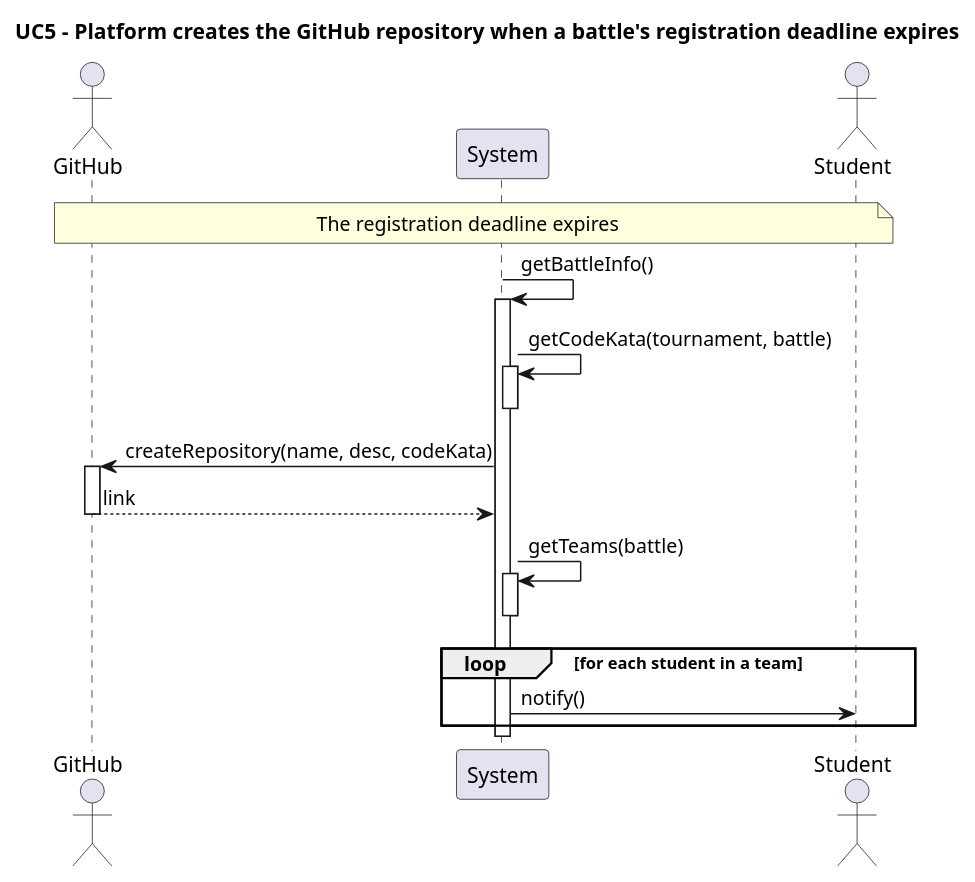
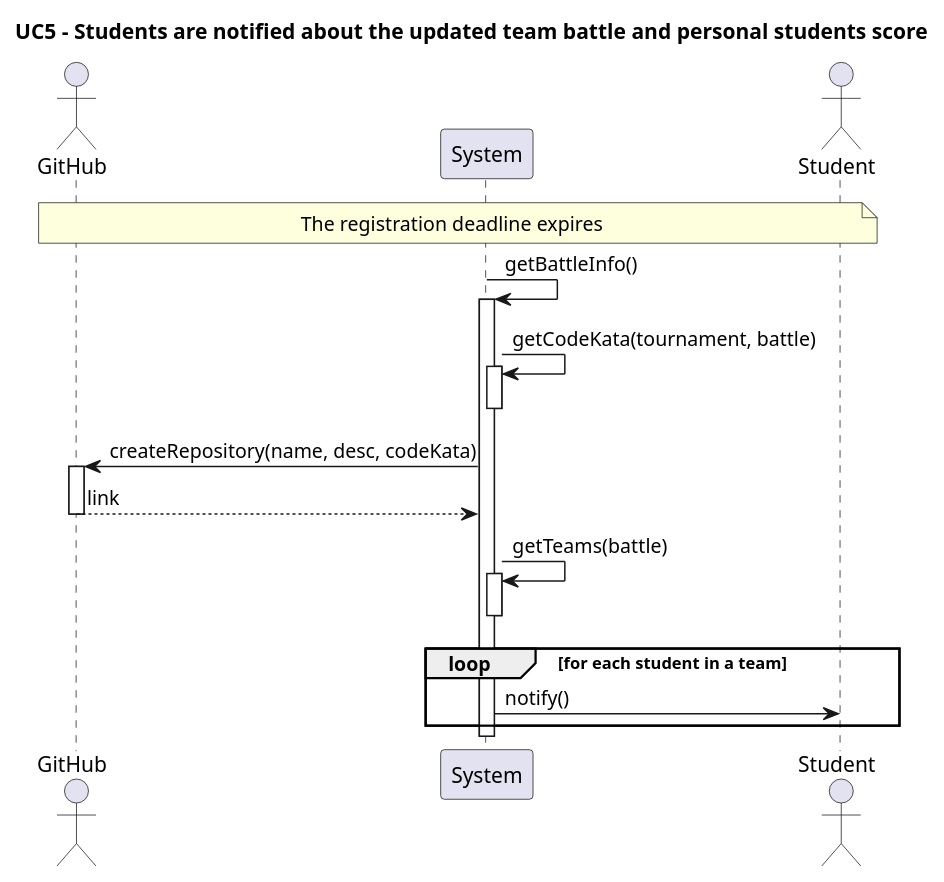
The diagram in rasd/puml/UC5.puml (Furrrlo/CodeKataBattle), drawn with PlantUML before and after one commit. The commit also changed 8 other files, not shown here.

```diff
--- a/rasd/puml/UC5.puml
+++ b/rasd/puml/UC5.puml
@@ -1,32 +1,32 @@
 @startuml UC5
-title UC5 - Platform creates the GitHub repository when a battle's registration deadline expires
+title UC5 - Students are notified about the updated team battle and personal students score
 
 
 
 actor GitHub
 participant System
 actor Student
 
 note across: The registration deadline expires
 
 
 System -> System ++: getBattleInfo()
 
 
 System -> System ++: getCodeKata(tournament, battle)
 deactivate System
 
 System -> GitHub ++: createRepository(name, desc, codeKata)
 GitHub --> System --: link 
 
 System -> System ++: getTeams(battle)
 deactivate System
 
 
 loop for each student in a team
     System -> Student : notify()
 
 end
 deactivate System
 
 @enduml
```
